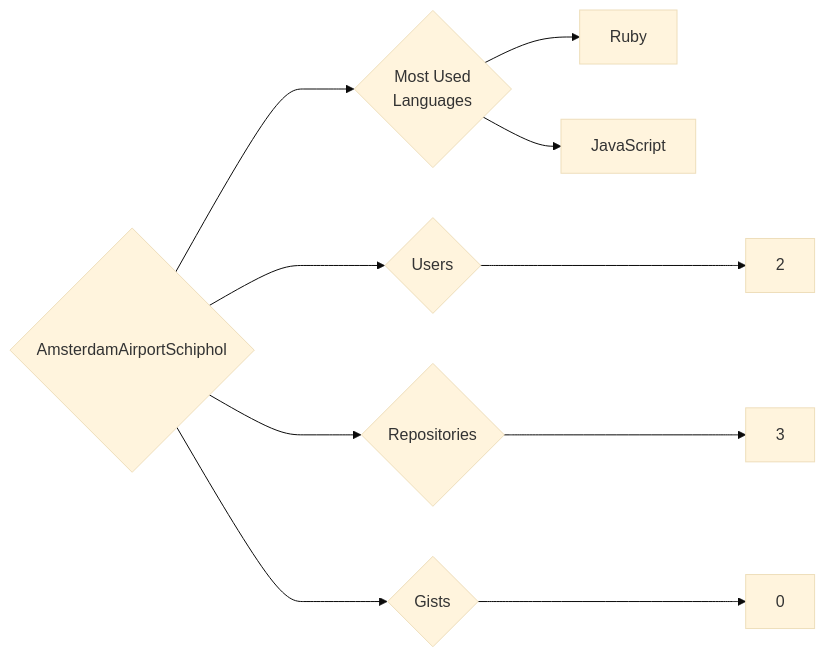
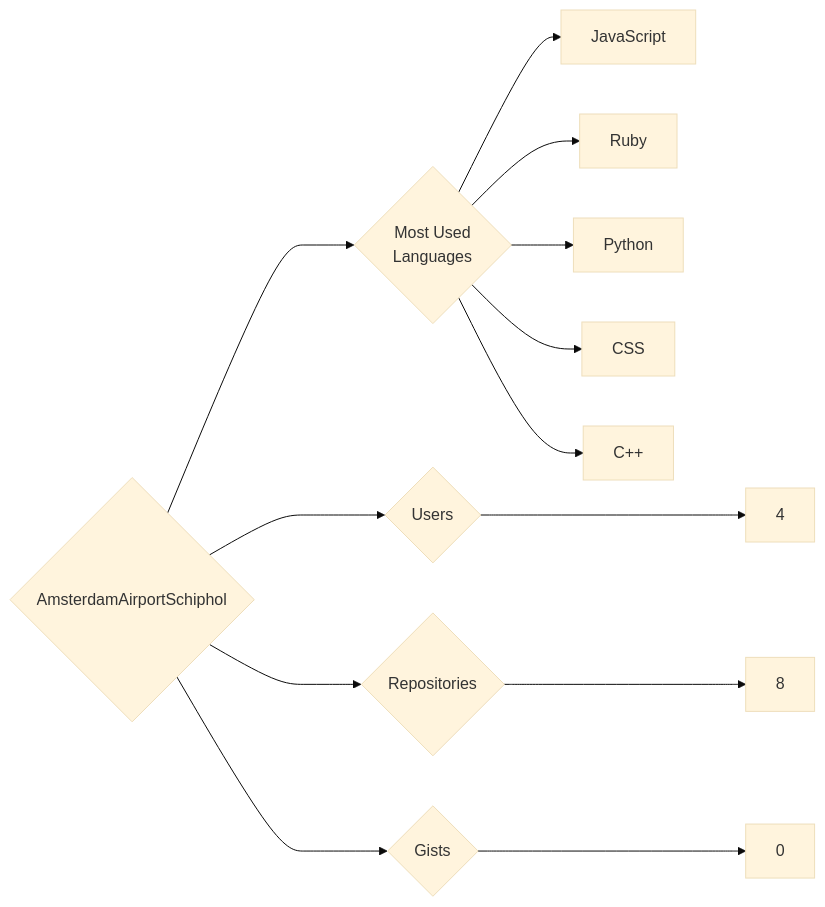
The diagram in targets/AmsterdamAirportSchiphol/README.md (trickest/insiders), drawn with Mermaid (base theme) before and after one commit. The commit also changed 1092 other files, not shown here.

````diff
--- a/targets/AmsterdamAirportSchiphol/README.md
+++ b/targets/AmsterdamAirportSchiphol/README.md
@@ -3,10 +3,13 @@
 ```mermaid
 graph LR
 COMPANY_NAME{AmsterdamAirportSchiphol}
-COMPANY_NAME ---> U{Users} ---> UN[2]
-COMPANY_NAME ---> R{Repositories} ---> RN[3]
+COMPANY_NAME ---> U{Users} ---> UN[4]
+COMPANY_NAME ---> R{Repositories} ---> RN[8]
 COMPANY_NAME ---> G{Gists} ---> GN[0]
 COMPANY_NAME ---> ML{Most Used<br>Languages}
+ML --> JavaScript[JavaScript]
 ML --> Ruby[Ruby]
-ML --> JavaScript[JavaScript]
+ML --> Python[Python]
+ML --> CSS[CSS]
+ML --> C++[C++]
 ```
````
